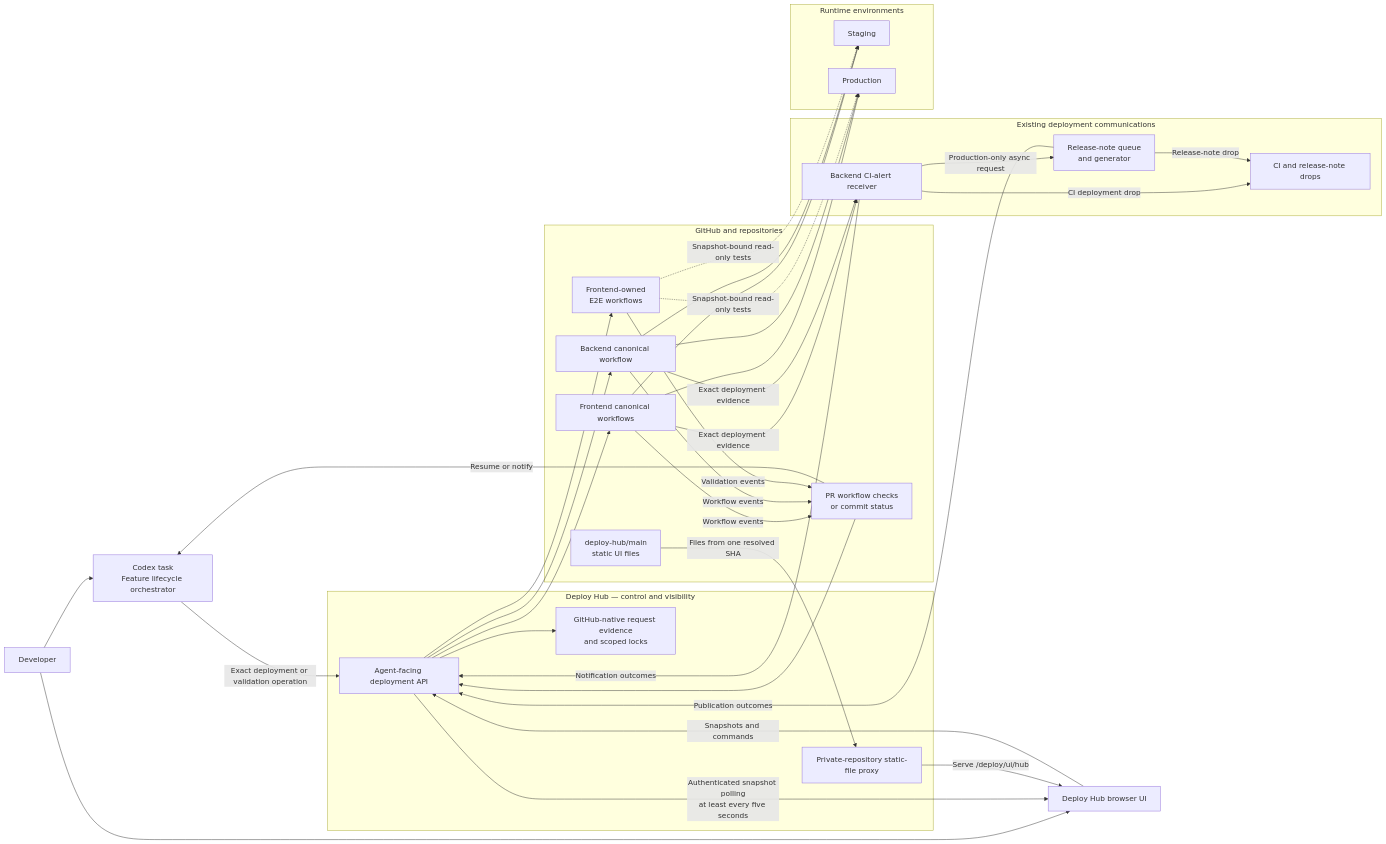
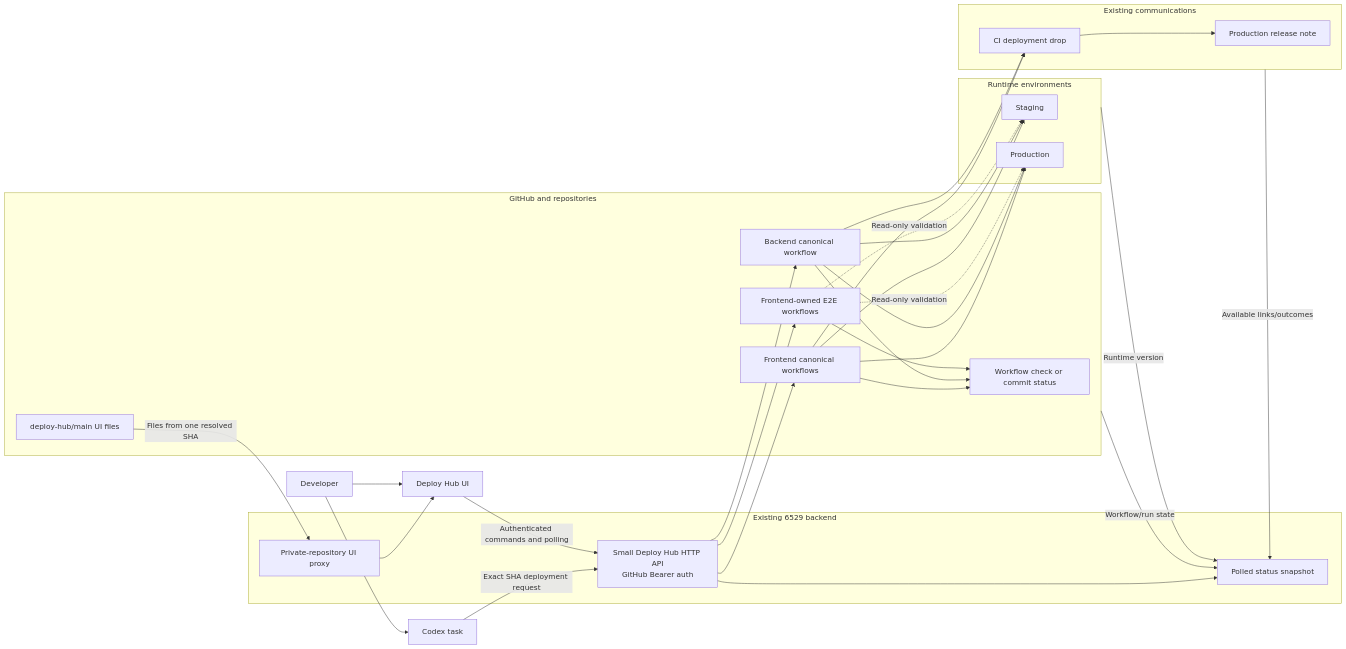
One commit to 6529-Collections/deploy-hub changed the diagram in docs/diagrams/target-architecture.mmd. Above: the diagram before and after it, drawn with Mermaid. The commit also changed 17 other files, not shown here.

Commit message:
Simplify Deploy Hub MVP architecture

```diff
--- a/docs/diagrams/target-architecture.mmd
+++ b/docs/diagrams/target-architecture.mmd
@@ -1,59 +1,54 @@
 flowchart LR
-    U["Developer"] --> A["Codex task<br/>Feature lifecycle orchestrator"]
-    U --> UI["Deploy Hub browser UI"]
+    U["Developer"] --> C["Codex task"]
+    U --> UI["Deploy Hub UI"]
 
-    subgraph H["Deploy Hub — control and visibility"]
-        API["Agent-facing deployment API"]
-        L["GitHub-native request evidence<br/>and scoped locks"]
-        P["Private-repository static-file proxy"]
+    subgraph B["Existing 6529 backend"]
+        API["Small Deploy Hub HTTP API<br/>GitHub Bearer auth"]
+        S["Polled status snapshot"]
+        P["Private-repository UI proxy"]
     end
 
     subgraph G["GitHub and repositories"]
-        UIS["deploy-hub/main<br/>static UI files"]
-        PR["PR workflow checks<br/>or commit status"]
+        UIS["deploy-hub/main UI files"]
+        PR["Workflow check or commit status"]
         FE["Frontend canonical workflows"]
         BE["Backend canonical workflow"]
-        V["Frontend-owned<br/>E2E workflows"]
-    end
-
-    subgraph C["Existing deployment communications"]
-        N["Backend CI-alert receiver"]
-        R["Release-note queue<br/>and generator"]
-        D["CI and release-note drops"]
+        E2E["Frontend-owned E2E workflows"]
     end
 
     subgraph E["Runtime environments"]
         STG["Staging"]
         PROD["Production"]
     end
 
-    A -->|"Exact deployment or validation operation"| API
-    UI -->|"Snapshots and commands"| API
-    API -->|"Authenticated snapshot polling<br/>at least every five seconds"| UI
+    subgraph N["Existing communications"]
+        CI["CI deployment drop"]
+        RN["Production release note"]
+    end
+
+    C -->|"Exact SHA deployment request"| API
+    UI -->|"Authenticated commands and polling"| API
+    API --> S
     UIS -->|"Files from one resolved SHA"| P
-    P -->|"Serve /deploy/ui/hub"| UI
-    API --> L
+    P --> UI
+
     API --> FE
     API --> BE
-    API --> V
-
+    API --> E2E
     FE --> STG
     FE --> PROD
     BE --> STG
     BE --> PROD
-    V -. "Snapshot-bound read-only tests" .-> STG
-    V -. "Snapshot-bound read-only tests" .-> PROD
+    E2E -. "Read-only validation" .-> STG
+    E2E -. "Read-only validation" .-> PROD
 
-    FE -->|"Exact deployment evidence"| N
-    BE -->|"Exact deployment evidence"| N
-    N -->|"CI deployment drop"| D
-    N -->|"Production-only async request"| R
-    R -->|"Release-note drop"| D
-    N -->|"Notification outcomes"| API
-    R -->|"Publication outcomes"| API
+    FE --> PR
+    BE --> PR
+    E2E --> PR
+    FE --> CI
+    BE --> CI
+    CI --> RN
 
-    FE -->|"Workflow events"| PR
-    BE -->|"Workflow events"| PR
-    V -->|"Validation events"| PR
-    PR --> API
-    PR -->|"Resume or notify"| A
+    G -->|"Workflow/run state"| S
+    E -->|"Runtime version"| S
+    N -->|"Available links/outcomes"| S
```
